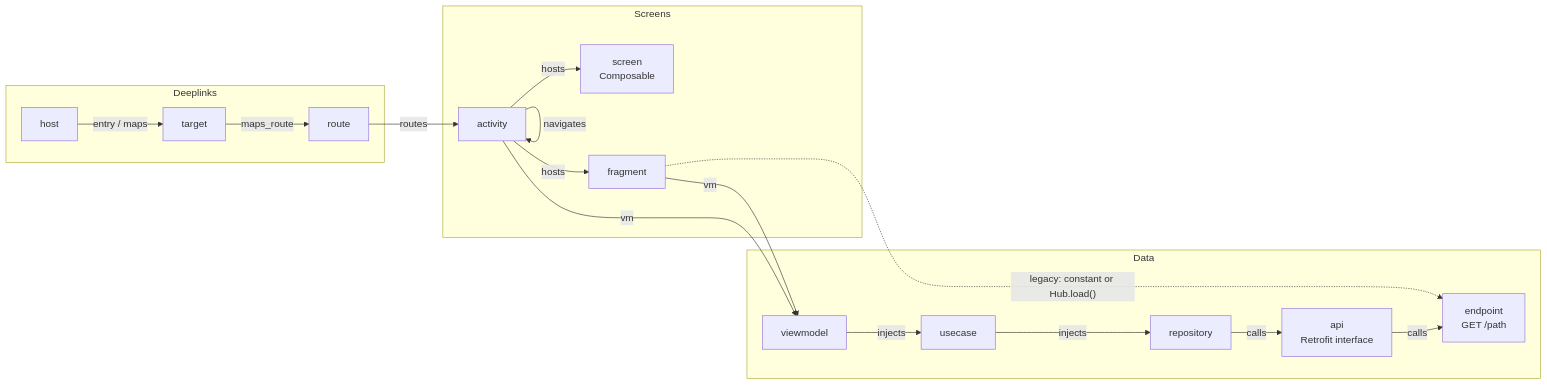
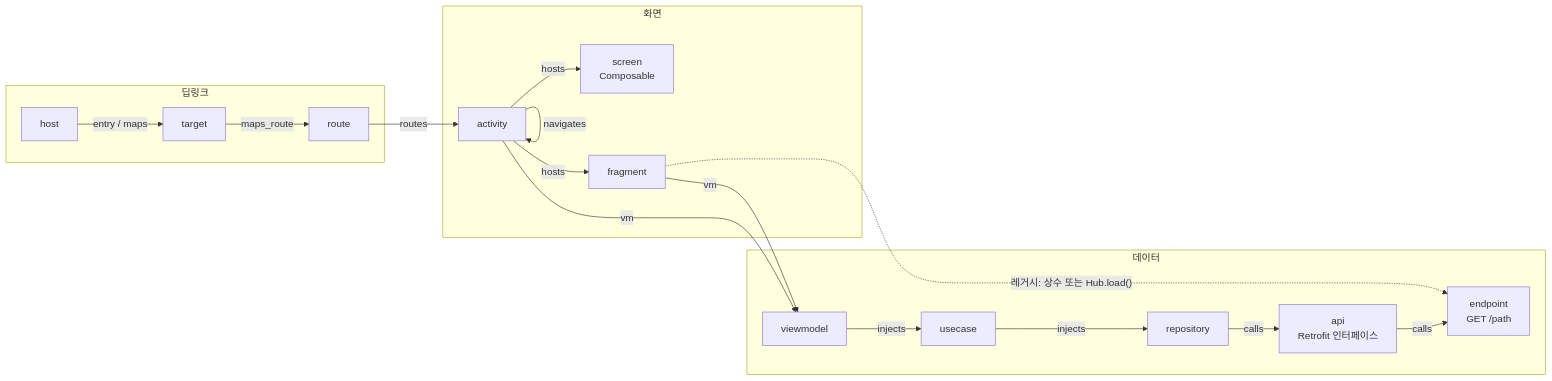
The second of 3 diagrams in README.md (DevGGyu/AndroidScreenMap), drawn with Mermaid before and after one commit. The commit also changed other lines of this file and 3 other files, not shown here.

````diff
--- a/README.md
+++ b/README.md
@@ -53,25 +53,25 @@
 ```mermaid
 flowchart LR
-    subgraph Deeplinks
+    subgraph 딥링크
         host[host] -- entry / maps --> target[target]
         target -- maps_route --> route[route]
     end
-    subgraph Screens
+    subgraph 화면
         activity[activity]
         fragment[fragment]
         screen[screen<br/>Composable]
     end
-    subgraph Data
+    subgraph 데이터
         vm[viewmodel] -- injects --> uc[usecase]
         uc -- injects --> repo[repository]
-        repo -- calls --> api[api<br/>Retrofit interface]
+        repo -- calls --> api[api<br/>Retrofit 인터페이스]
         api -- calls --> ep[endpoint<br/>GET /path]
     end
     route -- routes --> activity
     activity -- hosts --> fragment
     activity -- hosts --> screen
     activity -- navigates --> activity
     activity -- vm --> vm
     fragment -- vm --> vm
-    fragment -. "legacy: constant or Hub.load()" .-> ep
+    fragment -. "레거시: 상수 또는 Hub.load()" .-> ep
 ```
````
